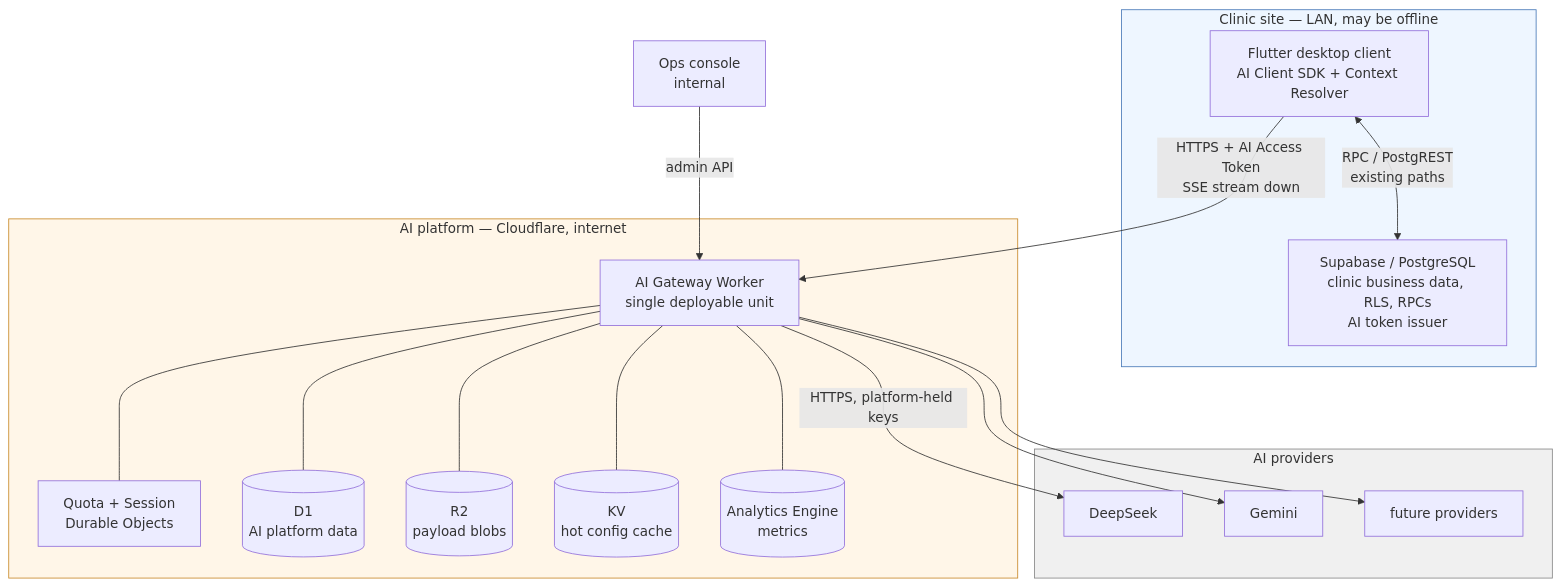
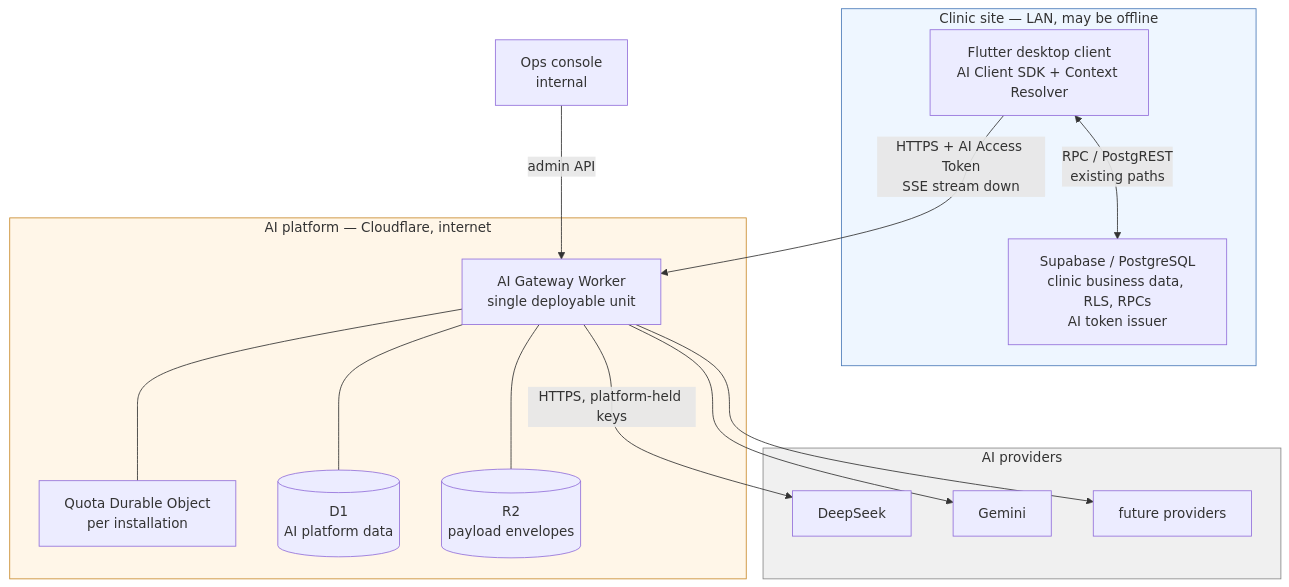
One commit to haythamosama95/AiClinic changed the first of 16 diagrams in docs/architecture/17-ai-platform.md. Above: the diagram before and after it, drawn with Mermaid. The commit also changed other lines of this file and 7 other files, not shown here.

Commit message:
Adding AI Platform Architectural Documents and Delivery Plan along with the speckit driving commands

````diff
--- a/docs/architecture/17-ai-platform.md
+++ b/docs/architecture/17-ai-platform.md
@@ -359,40 +455,36 @@
 ```mermaid
 flowchart TB
     subgraph clinic["Clinic site — LAN, may be offline"]
         FL["Flutter desktop client<br/>AI Client SDK + Context Resolver"]
         SB["Supabase / PostgreSQL<br/>clinic business data, RLS, RPCs<br/>AI token issuer"]
         FL <--> |"RPC / PostgREST<br/>existing paths"| SB
     end
 
     subgraph edge["AI platform — Cloudflare, internet"]
         GW["AI Gateway Worker<br/>single deployable unit"]
-        QDO["Quota + Session<br/>Durable Objects"]
+        QDO["Quota Durable Object<br/>per installation"]
         D1[("D1<br/>AI platform data")]
-        R2[("R2<br/>payload blobs")]
-        KV[("KV<br/>hot config cache")]
-        AE[("Analytics Engine<br/>metrics")]
+        R2[("R2<br/>payload envelopes")]
         GW --- QDO
         GW --- D1
         GW --- R2
-        GW --- KV
-        GW --- AE
     end
 
     subgraph providers["AI providers"]
         P1["DeepSeek"]
         P2["Gemini"]
         P3["future providers"]
     end
 
     OPS["Ops console<br/>internal"]
 
     FL --> |"HTTPS + AI Access Token<br/>SSE stream down"| GW
     GW --> |"HTTPS, platform-held keys"| P1
     GW --> P2
     GW --> P3
     OPS --> |"admin API"| GW
 
     style clinic fill:#eef6ff,stroke:#4a7ab8
     style edge fill:#fff6e8,stroke:#c98a2b
     style providers fill:#f0f0f0,stroke:#888
 ```
````
